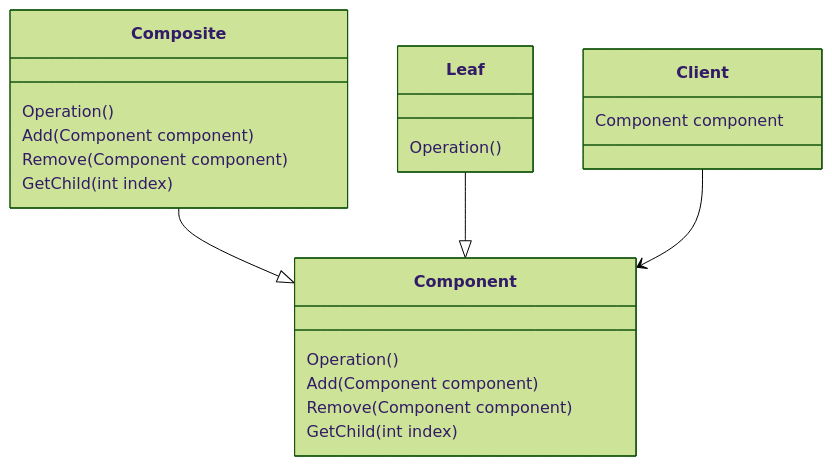
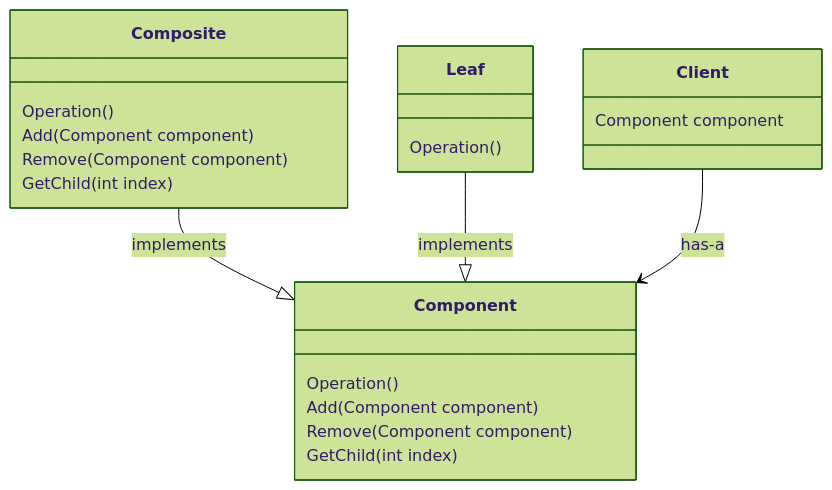
The diagram in composite/README.md (kaiosilveira/design-patterns), drawn with Mermaid (forest theme) before and after one commit. The commit also changed other lines of this file, not shown here.

Commit message:
composite: update README

````diff
--- a/composite/README.md
+++ b/composite/README.md
@@ -9,28 +9,28 @@
 ```mermaid
 classDiagram
 class Component {
     Operation()
     Add(Component component)
     Remove(Component component)
     GetChild(int index)
 }
 
 class Leaf {
     Operation()
 }
 
 class Composite {
     Operation()
     Add(Component component)
     Remove(Component component)
     GetChild(int index)
 }
 
 class Client {
     Component component
 }
 
-Composite --|> Component
-Leaf --|> Component
-Client --> Component
+Composite --|> Component : implements
+Leaf --|> Component : implements
+Client --> Component : has-a
 ```
````
